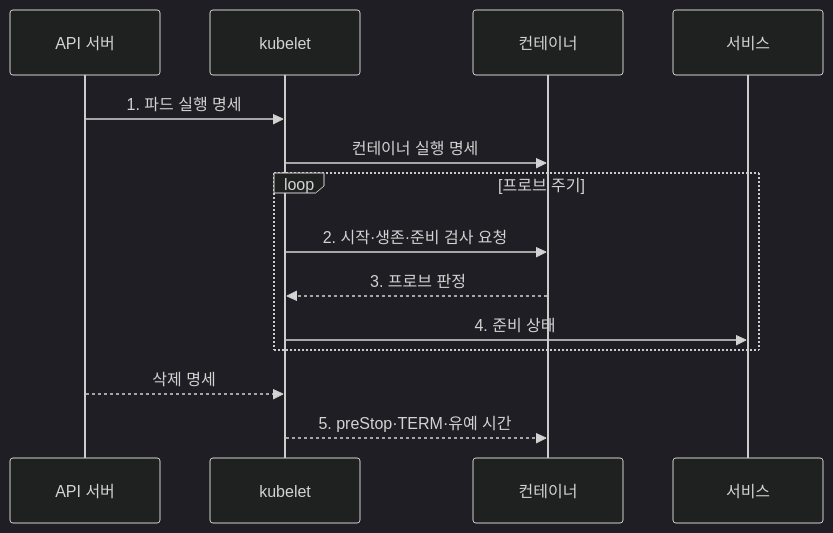
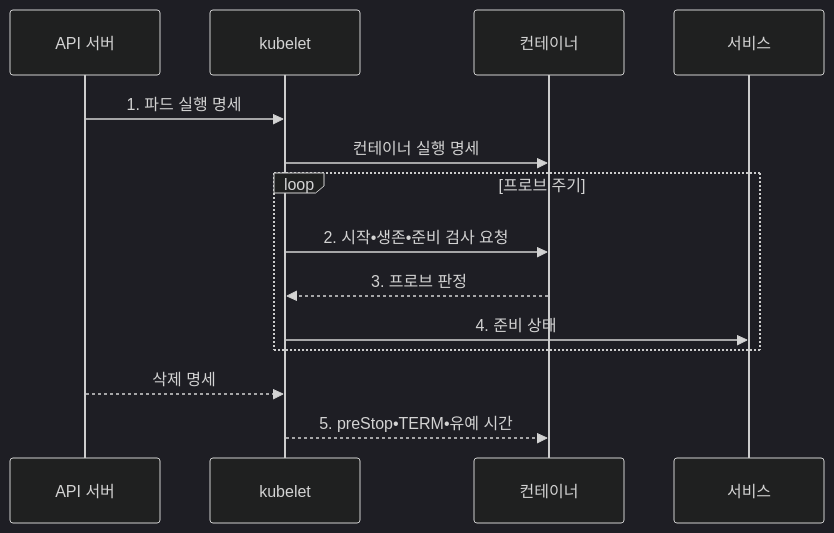
One commit to agnusdei1207/knowledge-base changed the second of 2 diagrams in src/content/docs/notes/03-software/153_kubernetes_pod_lifecycle.md. Above: the diagram before and after it, drawn with Mermaid (dark theme). The commit also changed other lines of this file and 953 other files, not shown here.

````diff
--- a/src/content/docs/notes/03-software/153_kubernetes_pod_lifecycle.md
+++ b/src/content/docs/notes/03-software/153_kubernetes_pod_lifecycle.md
@@ -108,16 +108,16 @@
 ```mermaid
 sequenceDiagram
     participant A as API 서버
     participant K as kubelet
     participant C as 컨테이너
     participant E as 서비스
     A->>K: 1. 파드 실행 명세
     K->>C: 컨테이너 실행 명세
     loop 프로브 주기
-        K->>C: 2. 시작·생존·준비 검사 요청
+        K->>C: 2. 시작•생존•준비 검사 요청
         C-->>K: 3. 프로브 판정
         K->>E: 4. 준비 상태
     end
     A-->>K: 삭제 명세
-    K-->>C: 5. preStop·TERM·유예 시간
+    K-->>C: 5. preStop•TERM•유예 시간
 ```
````
